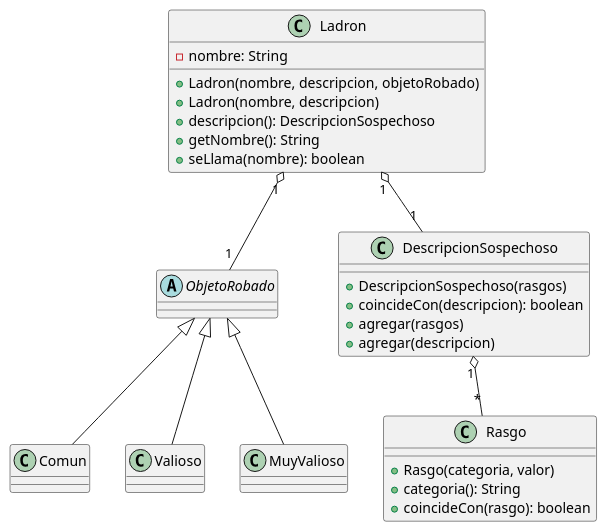
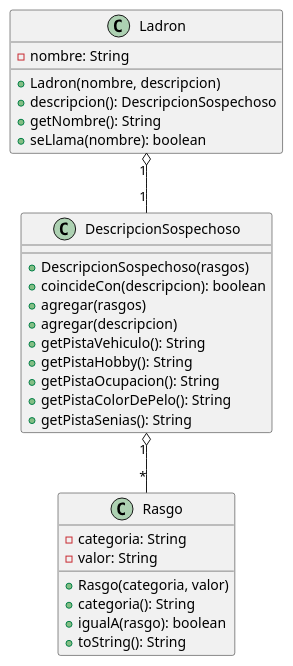
Before and after one commit to MegaRedHand/algo-thief: the diagram in diagrams/classes/clase_ladron.plantuml, drawn with PlantUML. The commit also changed 37 other files, not shown here.

Commit message:
docs: actualizo los diagramas de clase

```diff
--- a/diagrams/classes/clase_ladron.plantuml
+++ b/diagrams/classes/clase_ladron.plantuml
@@ -1,35 +1,35 @@
 @startuml
 
 class Ladron {
     - nombre: String
-    + Ladron(nombre, descripcion, objetoRobado)
     + Ladron(nombre, descripcion)
     + descripcion(): DescripcionSospechoso
     + getNombre(): String
     + seLlama(nombre): boolean
 }
 
-abstract class ObjetoRobado
-
-class Comun extends ObjetoRobado
-class Valioso extends ObjetoRobado
-class MuyValioso extends ObjetoRobado
-
 class DescripcionSospechoso {
     + DescripcionSospechoso(rasgos)
     + coincideCon(descripcion): boolean
     + agregar(rasgos)
     + agregar(descripcion)
+    + getPistaVehiculo(): String
+    + getPistaHobby(): String
+    + getPistaOcupacion(): String
+    + getPistaColorDePelo(): String
+    + getPistaSenias(): String
 }
 
 class Rasgo {
+    - categoria: String
+    - valor: String
     + Rasgo(categoria, valor)
     + categoria(): String
-    + coincideCon(rasgo): boolean
+    + igualA(rasgo): boolean
+    + toString(): String
 }
 
-Ladron "1" o-- "1" ObjetoRobado
 Ladron "1" o-- "1" DescripcionSospechoso
 DescripcionSospechoso "1" o-- "*" Rasgo
 
 @enduml
```
